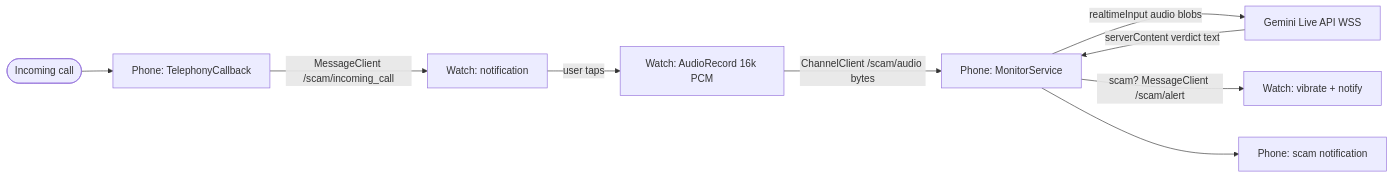
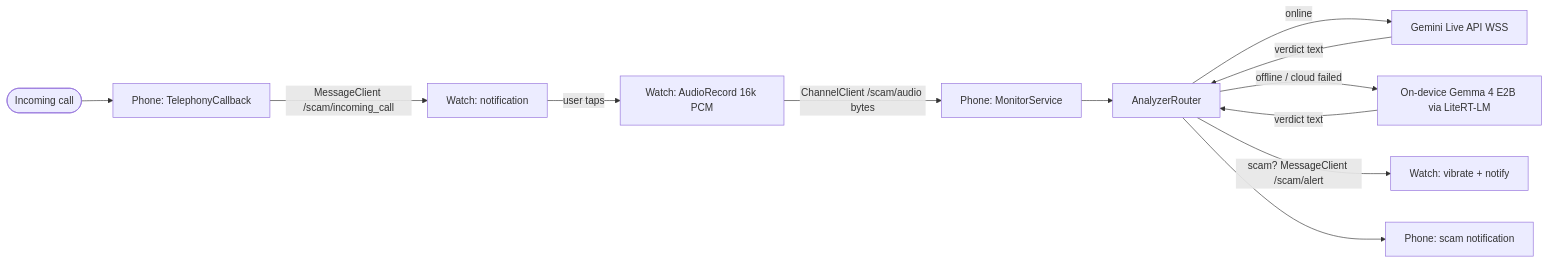
Before and after one commit to mittal-parth/ai-call-screening: the diagram in README.md, drawn with Mermaid. The commit also changed other lines of this file, not shown here.

First line of the commit message:
Document offline on-device Gemma 4 E2B fallback in README

````diff
--- a/README.md
+++ b/README.md
@@ -7,11 +9,14 @@
 ```mermaid
 flowchart LR
   call([Incoming call]) --> phoneDetect[Phone: TelephonyCallback]
   phoneDetect -->|"MessageClient /scam/incoming_call"| watchNotif[Watch: notification]
   watchNotif -->|user taps| watchCapture[Watch: AudioRecord 16k PCM]
   watchCapture -->|"ChannelClient /scam/audio bytes"| phoneMonitor[Phone: MonitorService]
-  phoneMonitor -->|"realtimeInput audio blobs"| gemini[Gemini Live API WSS]
-  gemini -->|"serverContent verdict text"| phoneMonitor
-  phoneMonitor -->|"scam? MessageClient /scam/alert"| watchAlert[Watch: vibrate + notify]
-  phoneMonitor --> phoneAlert[Phone: scam notification]
+  phoneMonitor --> router[AnalyzerRouter]
+  router -->|online| gemini[Gemini Live API WSS]
+  router -->|"offline / cloud failed"| gemma[On-device Gemma 4 E2B via LiteRT-LM]
+  gemini -->|"verdict text"| router
+  gemma -->|"verdict text"| router
+  router -->|"scam? MessageClient /scam/alert"| watchAlert[Watch: vibrate + notify]
+  router --> phoneAlert[Phone: scam notification]
 ```
````
